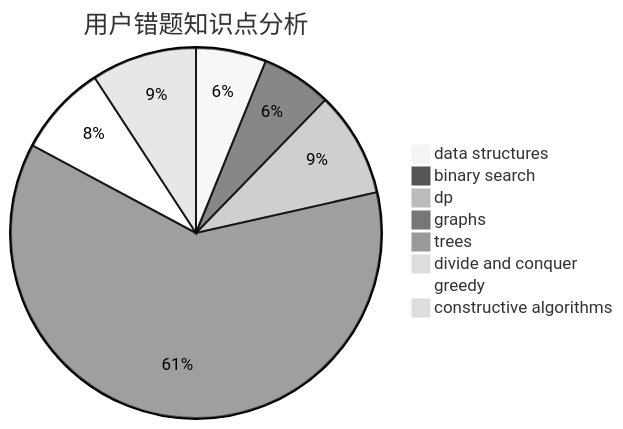
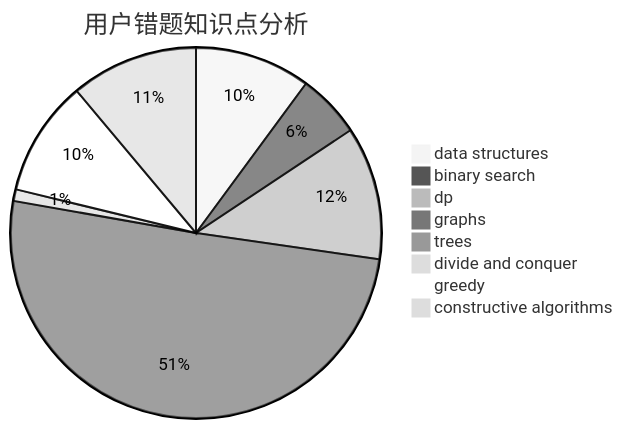
The third of 3 diagrams in docs/user/u1225.md (sherpahu/cfrs.github.io), drawn with Mermaid (neutral theme) before and after one commit. The commit also changed other lines of this file and 2770 other files, not shown here.

````diff
--- a/docs/user/u1225.md
+++ b/docs/user/u1225.md
@@ -36,11 +36,11 @@
 ```mermaid
 pie title 用户错题知识点分析
-    "data structures" :  10
-    "binary search" :  10
-    "dp" :  15
+    "data structures" :  20
+    "binary search" :  11
+    "dp" :  23
     "graphs" :  100
     "trees" :  0
-    "divide and conquer" :  0
-    "greedy" :  13
-    "constructive algorithms" :  15
+    "divide and conquer" :  2
+    "greedy" :  20
+    "constructive algorithms" :  22
 ```
````
